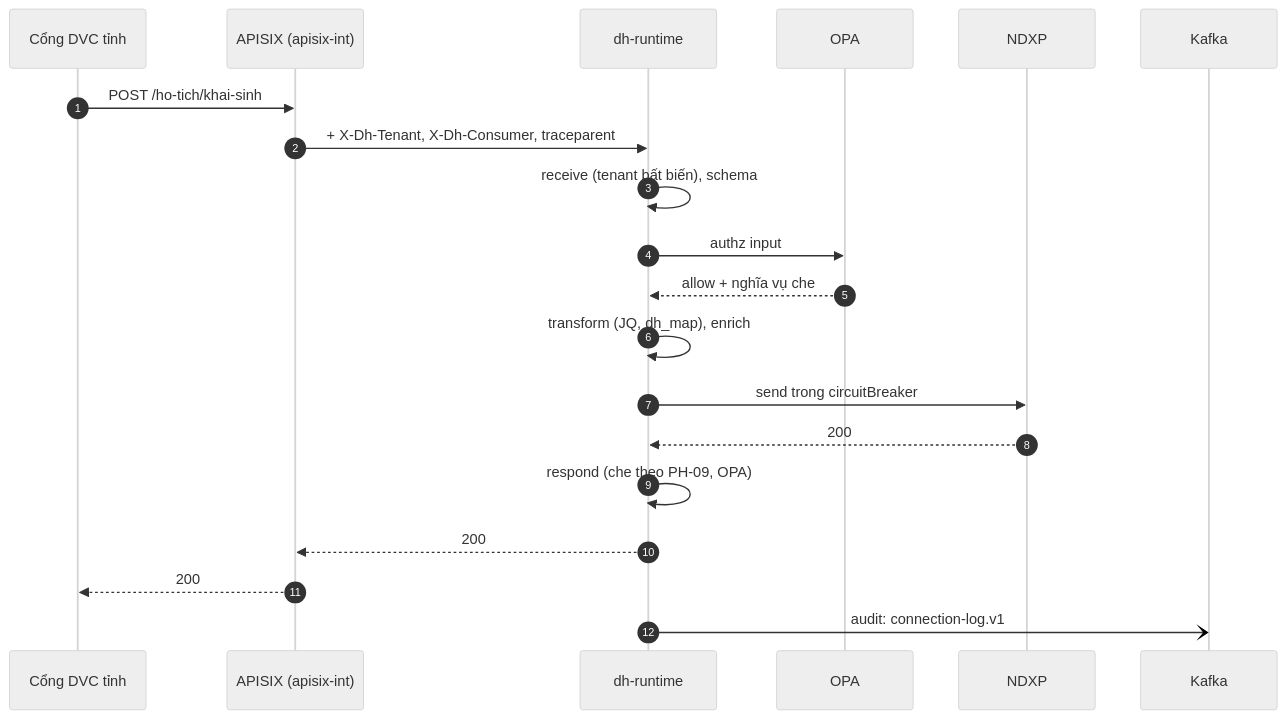
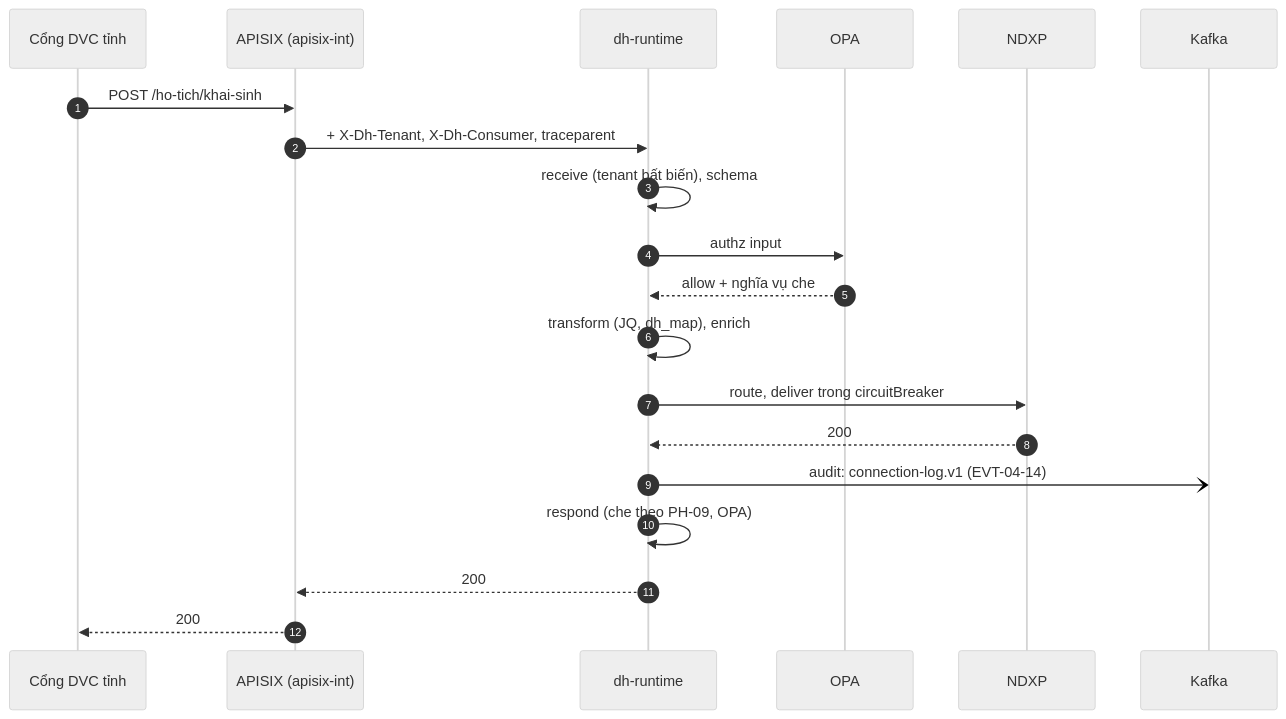
Before and after one commit to caprocute/DATAHUB: the seventh of 7 diagrams in datahub-docs/02-yeu-cau/use-case/D02-04-PH04-use-case-tich-hop.md, drawn with Mermaid (neutral theme). The commit also changed other lines of this file, not shown here.

````diff
--- a/datahub-docs/02-yeu-cau/use-case/D02-04-PH04-use-case-tich-hop.md
+++ b/datahub-docs/02-yeu-cau/use-case/D02-04-PH04-use-case-tich-hop.md
@@ -1026,22 +1026,22 @@
 ```mermaid
 sequenceDiagram
     autonumber
     participant DVC as Cổng DVC tỉnh
     participant GW as APISIX (apisix-int)
     participant RT as dh-runtime
     participant OPA as OPA
     participant ND as NDXP
     participant K as Kafka
     DVC->>GW: POST /ho-tich/khai-sinh
     GW->>RT: + X-Dh-Tenant, X-Dh-Consumer, traceparent
     RT->>RT: receive (tenant bất biến), schema
     RT->>OPA: authz input
     OPA-->>RT: allow + nghĩa vụ che
     RT->>RT: transform (JQ, dh_map), enrich
-    RT->>ND: send trong circuitBreaker
+    RT->>ND: route, deliver trong circuitBreaker
     ND-->>RT: 200
+    RT-)K: audit: connection-log.v1 (EVT-04-14)
     RT->>RT: respond (che theo PH-09, OPA)
     RT-->>GW: 200
     GW-->>DVC: 200
-    RT-)K: audit: connection-log.v1
 ```
````
